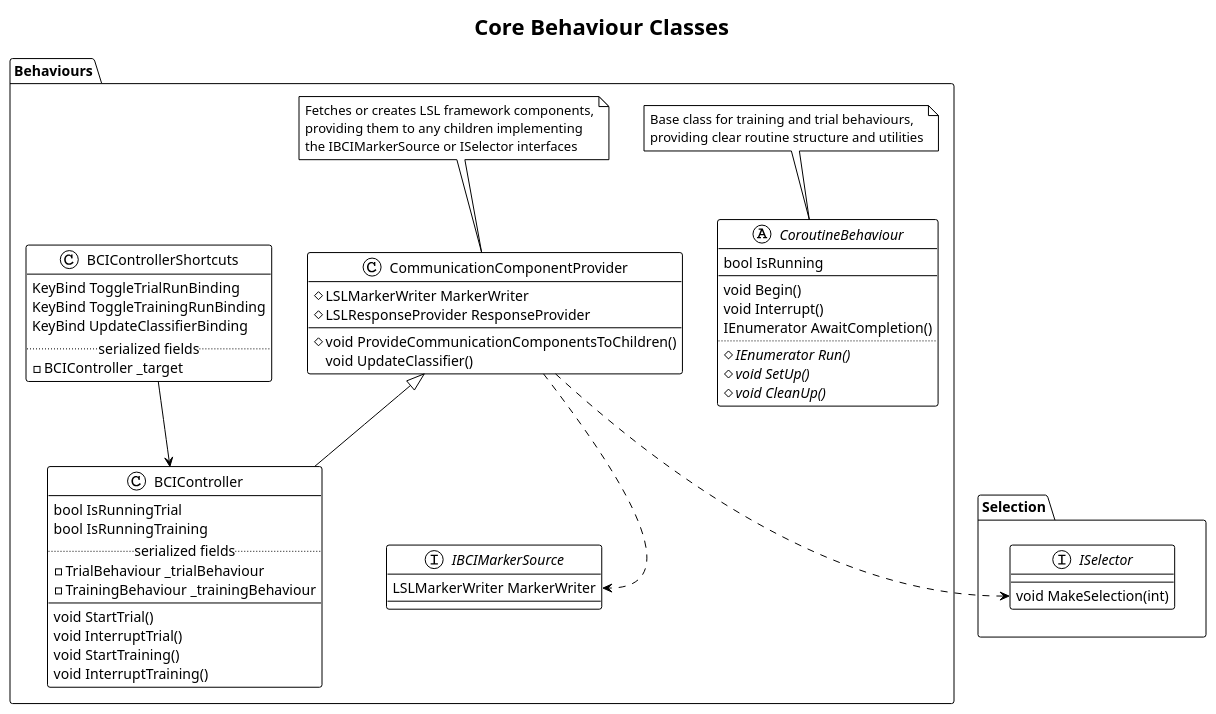
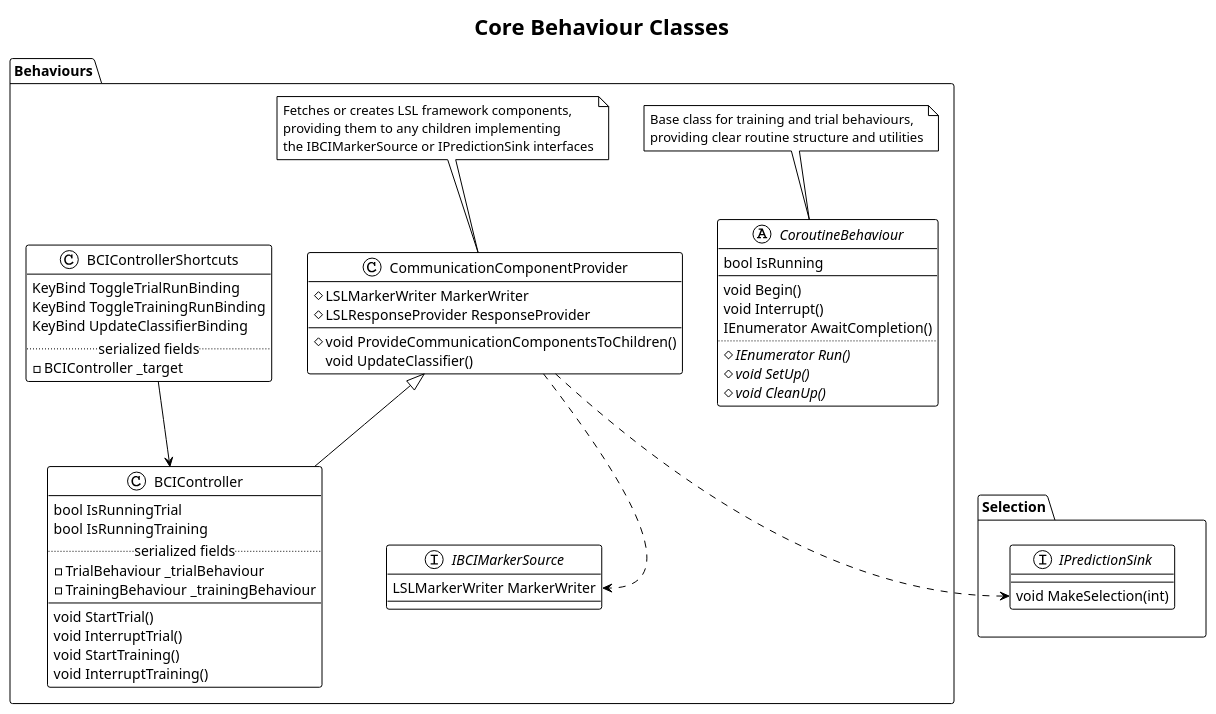
Before and after one commit to BCI-Games/bessy-docs: the diagram in content/bessy-unity/behaviours/behaviours.plantuml, drawn with PlantUML. The commit also changed 3 other files, not shown here.

```diff
--- a/content/bessy-unity/behaviours/behaviours.plantuml
+++ b/content/bessy-unity/behaviours/behaviours.plantuml
@@ -1,69 +1,69 @@
 @startuml behaviours
 !theme plain
 title Core Behaviour Classes
 
 together {
-    interface Selection.ISelector {
+    interface Selection.IPredictionSink {
         void MakeSelection(int)
     }
 
     interface Behaviours.IBCIMarkerSource {
         LSLMarkerWriter MarkerWriter
     }
 }
 
 namespace Behaviours {
     abstract CoroutineBehaviour {
         bool IsRunning
         --
         void Begin()
         void Interrupt()
         IEnumerator AwaitCompletion()
         ..
         {abstract} # IEnumerator Run()
         {abstract} # void SetUp()
         {abstract} # void CleanUp()
     }
     note top
         Base class for training and trial behaviours,
         providing clear routine structure and utilities
     end note
 
     class CommunicationComponentProvider {
         # LSLMarkerWriter MarkerWriter
         # LSLResponseProvider ResponseProvider
         # void ProvideCommunicationComponentsToChildren()
         void UpdateClassifier()
     }
     note top
         Fetches or creates LSL framework components,
         providing them to any children implementing
-        the IBCIMarkerSource or ISelector interfaces
+        the IBCIMarkerSource or IPredictionSink interfaces
     end note
     CommunicationComponentProvider ..> IBCIMarkerSource::MarkerWriter
-    CommunicationComponentProvider ..> ISelector::MakeSelection
+    CommunicationComponentProvider ..> IPredictionSink::MakeSelection
 
     class BCIController extends CommunicationComponentProvider {
         bool IsRunningTrial
         bool IsRunningTraining
         ..serialized fields..
         - TrialBehaviour _trialBehaviour
         - TrainingBehaviour _trainingBehaviour
         --
         void StartTrial()
         void InterruptTrial()
         void StartTraining()
         void InterruptTraining()
     }
 
     class BCIControllerShortcuts {
         KeyBind ToggleTrialRunBinding
         KeyBind ToggleTrainingRunBinding
         KeyBind UpdateClassifierBinding
         ..serialized fields..
         - BCIController _target
     }
     BCIControllerShortcuts --> BCIController
 }
 
 @enduml
```
